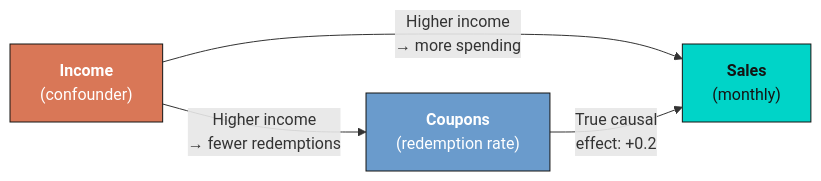
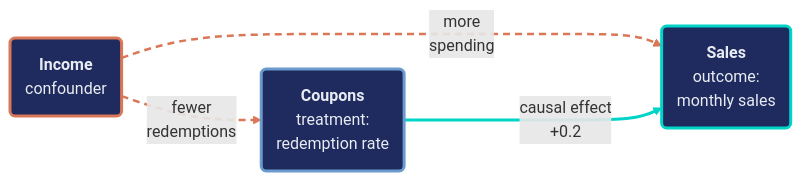
One commit to cmg777/starter-academic-v501 changed the second of 2 diagrams in content/post/python_fwl/references/tutorial.qmd. Above: the diagram before and after it, drawn with Mermaid. The commit also changed other lines of this file and 42 other files, not shown here.

First line of the commit message:
content(mermaid): restyle Mermaid copies in tutorial sources and the LaLonde slide deck

````diff
--- a/content/post/python_fwl/references/tutorial.qmd
+++ b/content/post/python_fwl/references/tutorial.qmd
@@ -284,10 +283,14 @@
 ```{mermaid}
 graph LR
-    I["<b>Income</b><br/>(confounder)"] -->|"Higher income<br/>→ fewer redemptions"| C["<b>Coupons</b><br/>(redemption rate)"]
-    I -->|"Higher income<br/>→ more spending"| S["<b>Sales</b><br/>(monthly)"]
-    C -->|"True causal<br/>effect: +0.2"| S
-
-    style I fill:#d97757,stroke:#141413,color:#fff
-    style C fill:#6a9bcc,stroke:#141413,color:#fff
-    style S fill:#00d4c8,stroke:#141413,color:#141413
+    I("<b>Income</b><br/>confounder") -.->|"fewer<br/>redemptions"| C("<b>Coupons</b><br/>treatment:<br/>redemption rate")
+    I -.->|"more<br/>spending"| S("<b>Sales</b><br/>outcome:<br/>monthly sales")
+    C ===>|"causal effect<br/>+0.2"| S
+    classDef confounder fill:#1f2b5e,stroke:#d97757,stroke-width:3px,color:#e8ecf2
+    classDef treatment fill:#1f2b5e,stroke:#6a9bcc,stroke-width:3px,color:#e8ecf2
+    classDef outcome fill:#1f2b5e,stroke:#00d4c8,stroke-width:3px,color:#e8ecf2
+    class I confounder
+    class C treatment
+    class S outcome
+    linkStyle 0,1 stroke:#d97757,stroke-width:2.5px,stroke-dasharray:7 5
+    linkStyle 2 stroke:#00d4c8,stroke-width:3px
 ```
````
